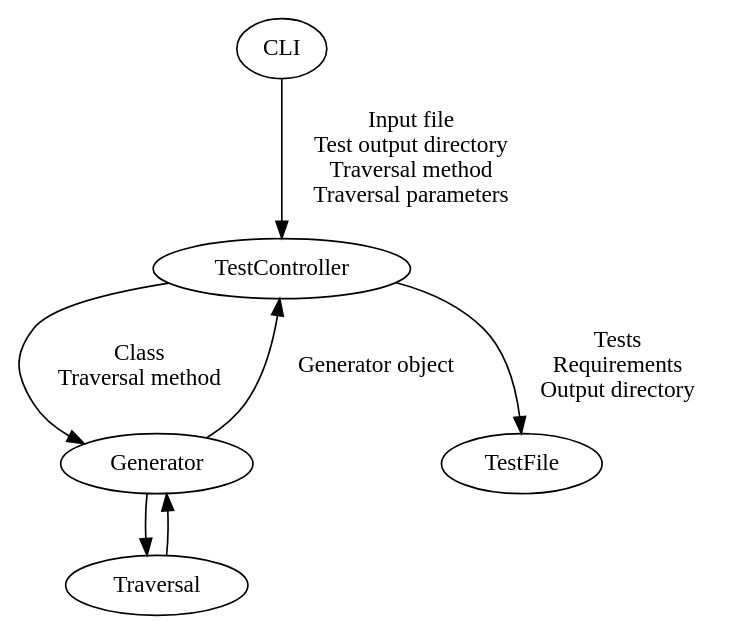
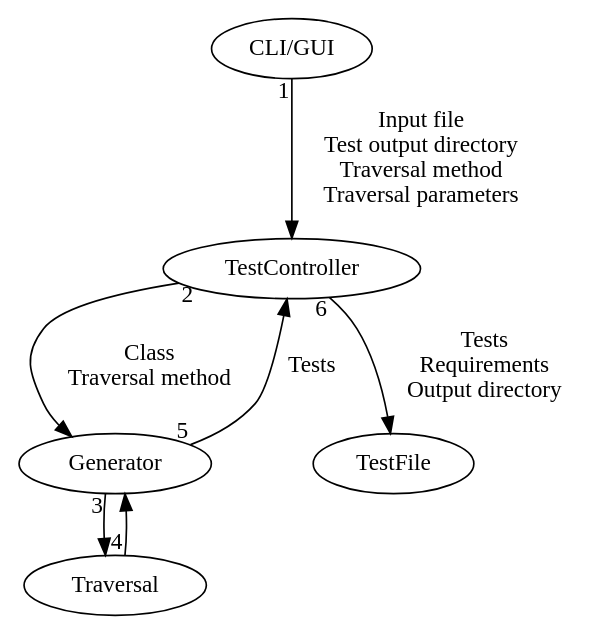
Before and after one commit to IgnoredAmbience/splats: the diagram in docs/images/splatsflow.gv, drawn with Graphviz. The commit also changed 1 other file, not shown here.

Commit message:
Edited the flow graph and added descriptions

```diff
--- a/docs/images/splatsflow.gv
+++ b/docs/images/splatsflow.gv
@@ -1,10 +1,10 @@
 digraph {
 
-	"CLI"->"TestController" [label="Input file\nTest output directory\nTraversal method\nTraversal parameters"]l=""
-	"TestController" -> "Generator"  [label="Class\nTraversal method"]
-	"Generator" -> "Traversal"
-	"Traversal" -> "Generator"
-	"Generator" -> "TestController" [label="Generator object"]
-	"TestController" -> "TestFile" [label="Tests\nRequirements\nOutput directory"]
+	"CLI/GUI"->"TestController" [label="Input file\nTest output directory\nTraversal method\nTraversal parameters",taillabel="1"]
+	"TestController" -> "Generator" [label="Class\nTraversal method",taillabel="2"]
+	"Generator" -> "Traversal" [taillabel="3"]
+	"Traversal" -> "Generator" [taillabel="4"]
+	"Generator" -> "TestController" [label="Tests",taillabel="5"]
+	"TestController" -> "TestFile" [label="Tests\nRequirements\nOutput directory",taillabel="6"]
 
 }
```
